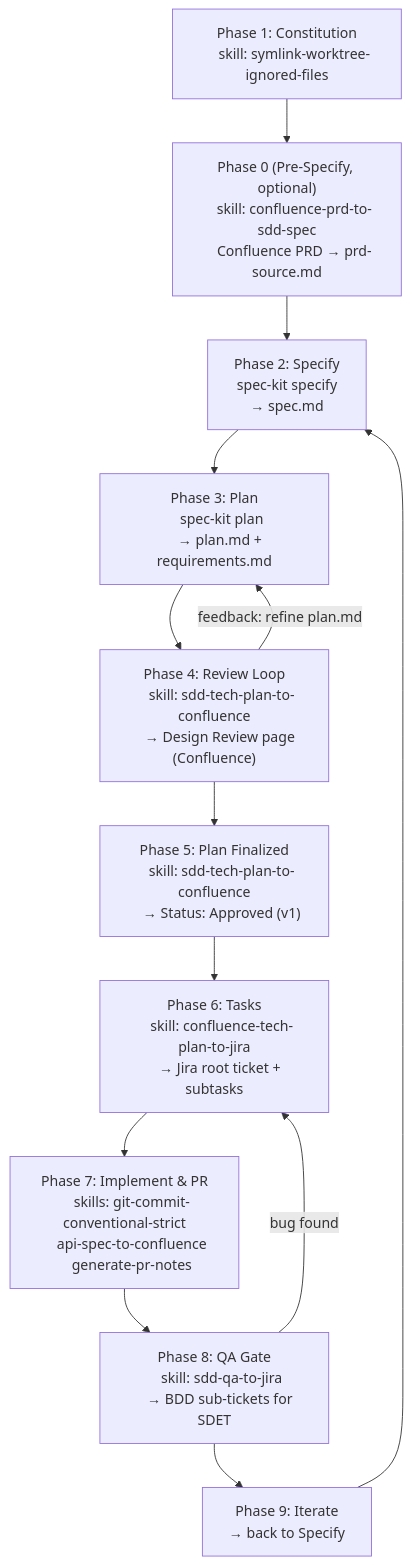
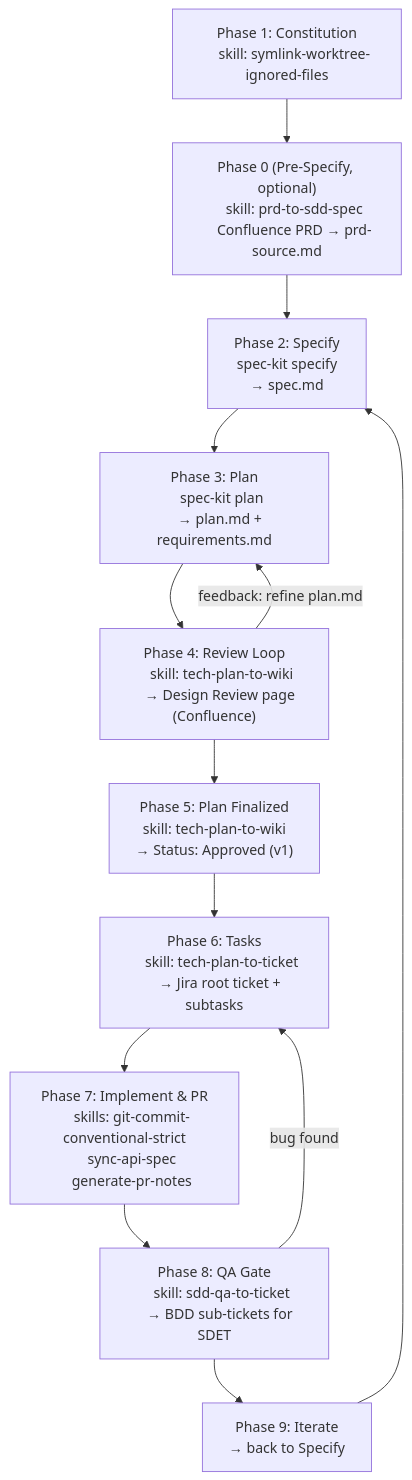
Before and after one commit to jamesyang124/agent-skills: the second of 3 diagrams in docs/sdd-quick-reference.md, drawn with Mermaid. The commit also changed other lines of this file and 10 other files, not shown here.

First line of the commit message:
docs(skills): 📝 sync READMEs and docs with updated skill names

````diff
--- a/docs/sdd-quick-reference.md
+++ b/docs/sdd-quick-reference.md
@@ -28,54 +28,54 @@
 ```mermaid
 graph TD
     P1["Phase 1: Constitution
     skill: symlink-worktree-ignored-files"]
 
     P0["Phase 0 (Pre-Specify, optional)
-    skill: confluence-prd-to-sdd-spec
+    skill: prd-to-sdd-spec
     Confluence PRD → prd-source.md"]
 
     P2["Phase 2: Specify
     spec-kit specify
     → spec.md"]
 
     P3["Phase 3: Plan
     spec-kit plan
     → plan.md + requirements.md"]
 
     P4["Phase 4: Review Loop
-    skill: sdd-tech-plan-to-confluence
+    skill: tech-plan-to-wiki
     → Design Review page (Confluence)"]
 
     P5["Phase 5: Plan Finalized
-    skill: sdd-tech-plan-to-confluence
+    skill: tech-plan-to-wiki
     → Status: Approved (v1)"]
 
     P6["Phase 6: Tasks
-    skill: confluence-tech-plan-to-jira
+    skill: tech-plan-to-ticket
     → Jira root ticket + subtasks"]
 
     P7["Phase 7: Implement & PR
     skills: git-commit-conventional-strict
-    api-spec-to-confluence
+    sync-api-spec
     generate-pr-notes"]
 
     P8["Phase 8: QA Gate
-    skill: sdd-qa-to-jira
+    skill: sdd-qa-to-ticket
     → BDD sub-tickets for SDET"]
 
     P9["Phase 9: Iterate
     → back to Specify"]
 
     P1 --> P0
     P0 --> P2
     P2 --> P3
     P3 --> P4
     P4 -->|"feedback: refine plan.md"| P3
     P4 --> P5
     P5 --> P6
     P6 --> P7
     P7 --> P8
     P8 -->|"bug found"| P6
     P8 --> P9
     P9 --> P2
 ```
````
